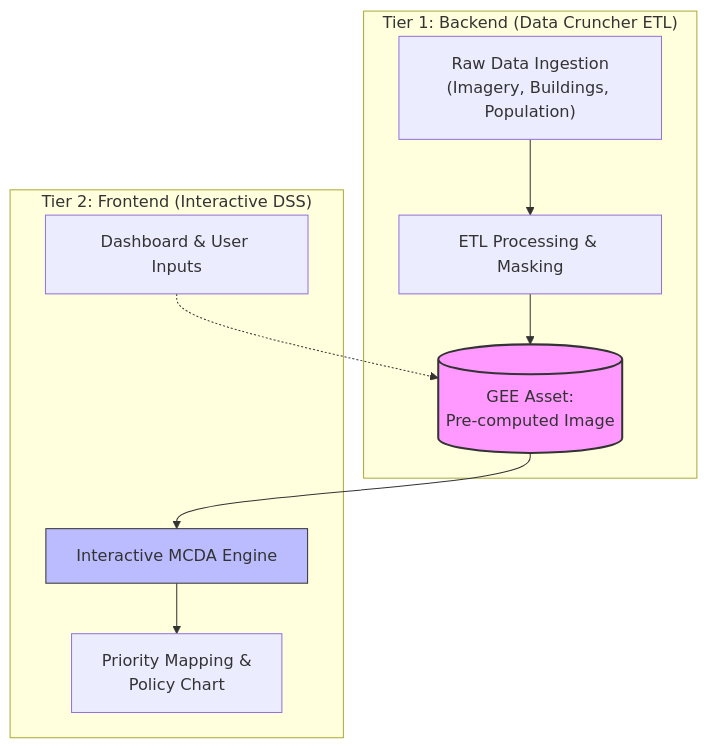
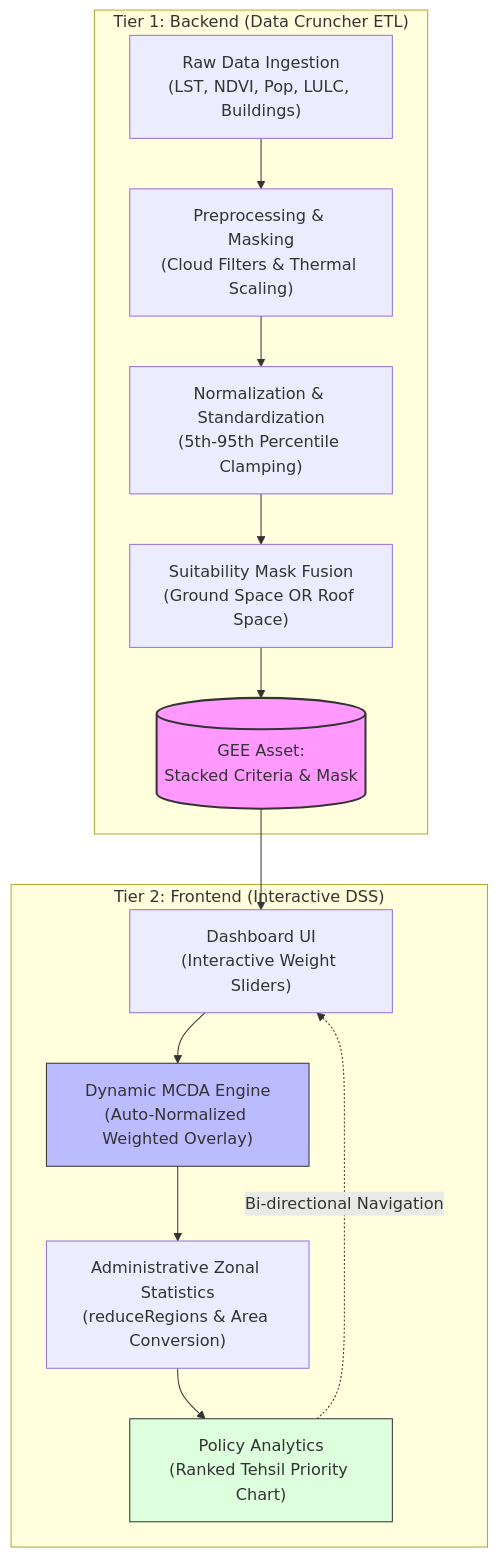
Before and after one commit to AashleshaS/Strategic-Afforestation-Dashboard: the diagram in README.md, drawn with Mermaid.

````diff
--- a/README.md
+++ b/README.md
@@ -42,17 +42,24 @@
 ```mermaid
 graph TD
     subgraph "Tier 1: Backend (Data Cruncher ETL)"
-        A["Raw Data Ingestion<br/>(Imagery, Buildings, Population)"] --> B["ETL Processing & Masking"]
-        B --> C[("GEE Asset:<br/>Pre-computed Image")]
+        A1["Raw Data Ingestion<br/>(LST, NDVI, Pop, LULC, Buildings)"] --> B1["Preprocessing & Masking<br/>(Cloud Filters & Thermal Scaling)"]
+        B1 --> C1["Normalization & Standardization<br/>(5th-95th Percentile Clamping)"]
+        C1 --> D1["Suitability Mask Fusion<br/>(Ground Space OR Roof Space)"]
+        D1 --> E1[("GEE Asset:<br/>Stacked Criteria & Mask")]
     end
 
     subgraph "Tier 2: Frontend (Interactive DSS)"
-        D["Dashboard & User Inputs"] -.-> C
-        C --> E["Interactive MCDA Engine"]
-        E --> F["Priority Mapping &<br/>Policy Chart"]
+        E1 --> F1["Dashboard UI<br/>(Interactive Weight Sliders)"]
+        F1 --> G1["Dynamic MCDA Engine<br/>(Auto-Normalized Weighted Overlay)"]
+        G1 --> H1["Administrative Zonal Statistics<br/>(reduceRegions & Area Conversion)"]
+        H1 --> I1["Policy Analytics<br/>(Ranked Tehsil Priority Chart)"]
     end
 
-    %% Visual styling for the paper screenshot
-    style C fill:#f9f,stroke:#333,stroke-width:2px
-    style E fill:#bbf,stroke:#333
+    %% Connectivity
+    I1 -.->|Bi-directional Navigation| F1
+
+    %% Visual Styling
+    style E1 fill:#f9f,stroke:#333,stroke-width:2px
+    style G1 fill:#bbf,stroke:#333
+    style I1 fill:#dfd,stroke:#333
 ```
````
